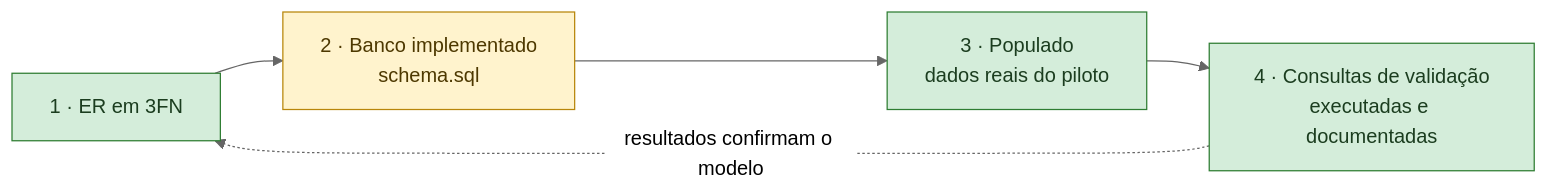
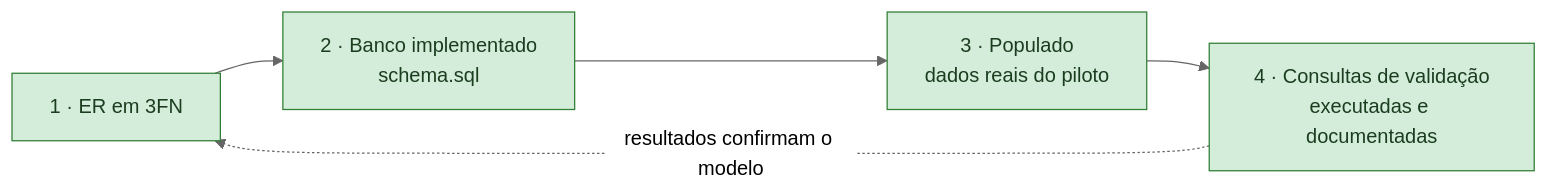
Before and after one commit to guilhermercmoraes-tech/PI2_Sprint2-Grupo-1-UFT: the diagram in docs/parte2/README.md, drawn with Mermaid (neutral theme). The commit also changed other lines of this file and 23 other files, not shown here.

````diff
--- a/docs/parte2/README.md
+++ b/docs/parte2/README.md
@@ -19,11 +19,10 @@
 ```mermaid
 flowchart LR
     C1["1 · ER em 3FN"] --> C2["2 · Banco implementado<br/>schema.sql"]
     C2 --> C3["3 · Populado<br/>dados reais do piloto"]
     C3 --> C4["4 · Consultas de validação<br/>executadas e documentadas"]
     C4 -. "resultados confirmam o modelo" .-> C1
     classDef ok fill:#d4edda,stroke:#2e7d32,color:#1b3d1f
     classDef parcial fill:#fff3cd,stroke:#b8860b,color:#4d3800
-    class C1,C3,C4 ok
-    class C2 parcial
+    class C1,C2,C3,C4 ok
 ```
````
